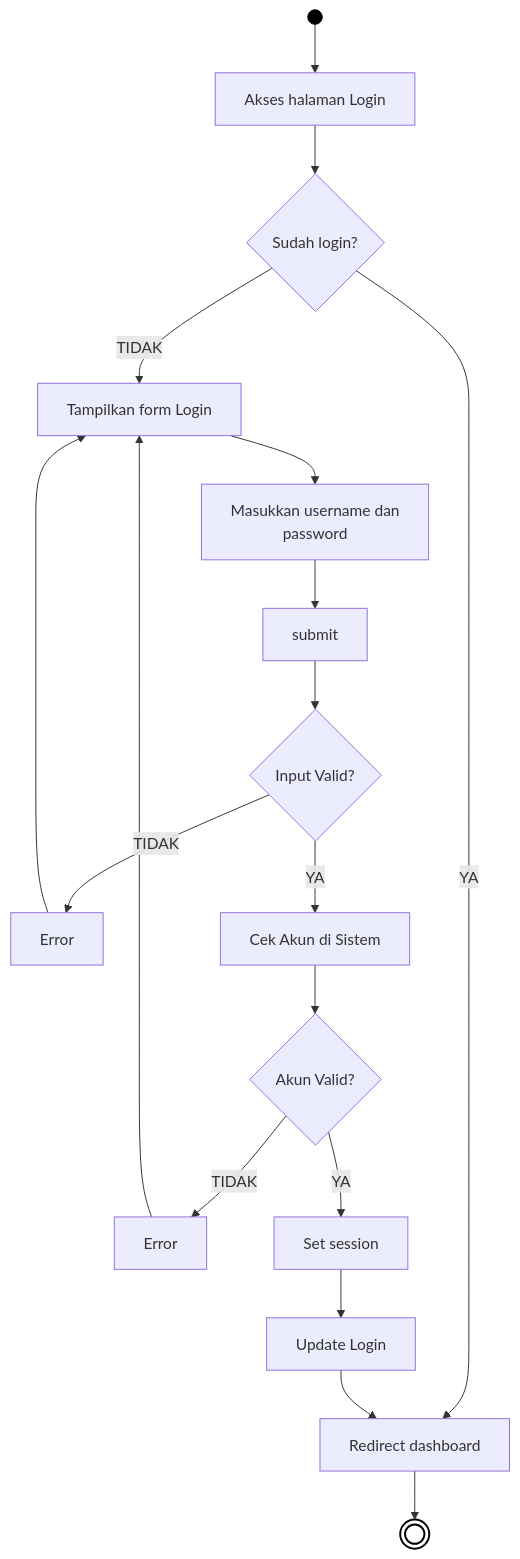
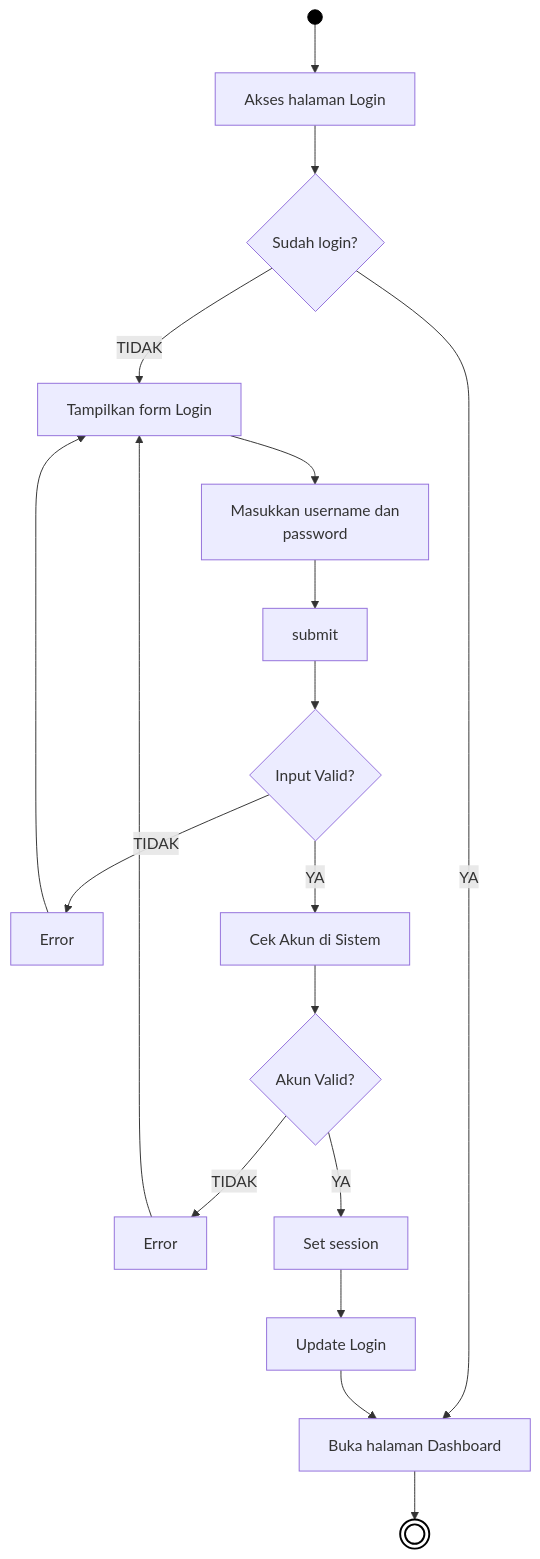
The first of 5 diagrams in docs/01_DIAGRAM_AKTIVITAS.md (arbain-dev/Web_fikom), drawn with Mermaid before and after one commit. The commit also changed other lines of this file, not shown here.

Commit message:
docs: mengubah kata teknis Redirect menjadi bahasa sederhana di 01_DIAGRAM_AKTIVITAS

````diff
--- a/docs/01_DIAGRAM_AKTIVITAS.md
+++ b/docs/01_DIAGRAM_AKTIVITAS.md
@@ -12,29 +12,29 @@
 ```mermaid
 flowchart TD
     Start(( )) --> A[Akses halaman Login]
     A --> B{Sudah login?}
     
-    B -- YA --> C[Redirect dashboard]
+    B -- YA --> C[Buka halaman Dashboard]
     C --> End((( )))
     
     B -- TIDAK --> D[Tampilkan form Login]
     D --> E[Masukkan username dan\npassword]
     E --> F[submit]
     F --> G{Input Valid?}
     
     G -- TIDAK --> H[Error]
     H --> D
     
     G -- YA --> I[Cek Akun di Sistem]
     I --> J{Akun Valid?}
     
     J -- TIDAK --> K[Error]
     K --> D
     
     J -- YA --> L[Set session]
     L --> M[Update Login]
     M --> C
     
     style Start fill:#000,stroke:#000,color:#000
     style End fill:#fff,stroke:#000,stroke-width:2px
 ```
````
